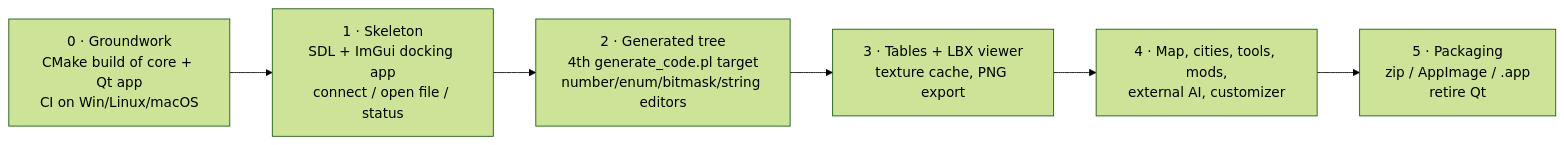
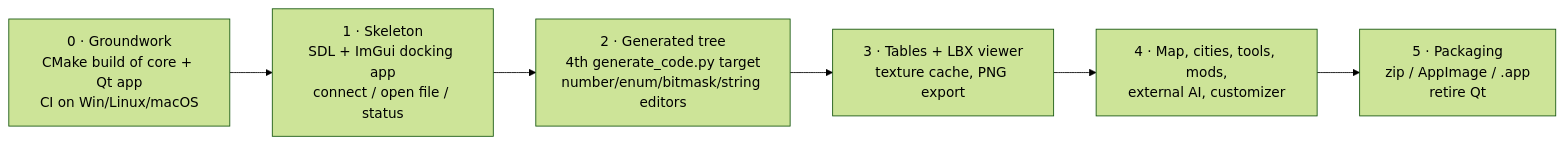
Before and after one commit to jbalcomb/MoM-RTGT: the second of 2 diagrams in docs/imgui-migration.md, drawn with Mermaid (forest theme). The commit also changed other lines of this file and 8 other files, not shown here.

First line of the commit message:
Translate generate_code.pl to Python

````diff
--- a/docs/imgui-migration.md
+++ b/docs/imgui-migration.md
@@ -65,9 +65,9 @@
 ```mermaid
 flowchart LR
   A["0 · Groundwork<br/>CMake build of core + Qt app<br/>CI on Win/Linux/macOS"] -->
   B["1 · Skeleton<br/>SDL + ImGui docking app<br/>connect / open file / status"] -->
-  C["2 · Generated tree<br/>4th generate_code.pl target<br/>number/enum/bitmask/string editors"] -->
+  C["2 · Generated tree<br/>4th generate_code.py target<br/>number/enum/bitmask/string editors"] -->
   D["3 · Tables + LBX viewer<br/>texture cache, PNG export"] -->
   E["4 · Map, cities, tools, mods,<br/>external AI, customizer"] -->
   F["5 · Packaging<br/>zip / AppImage / .app<br/>retire Qt"]
 ```
````
